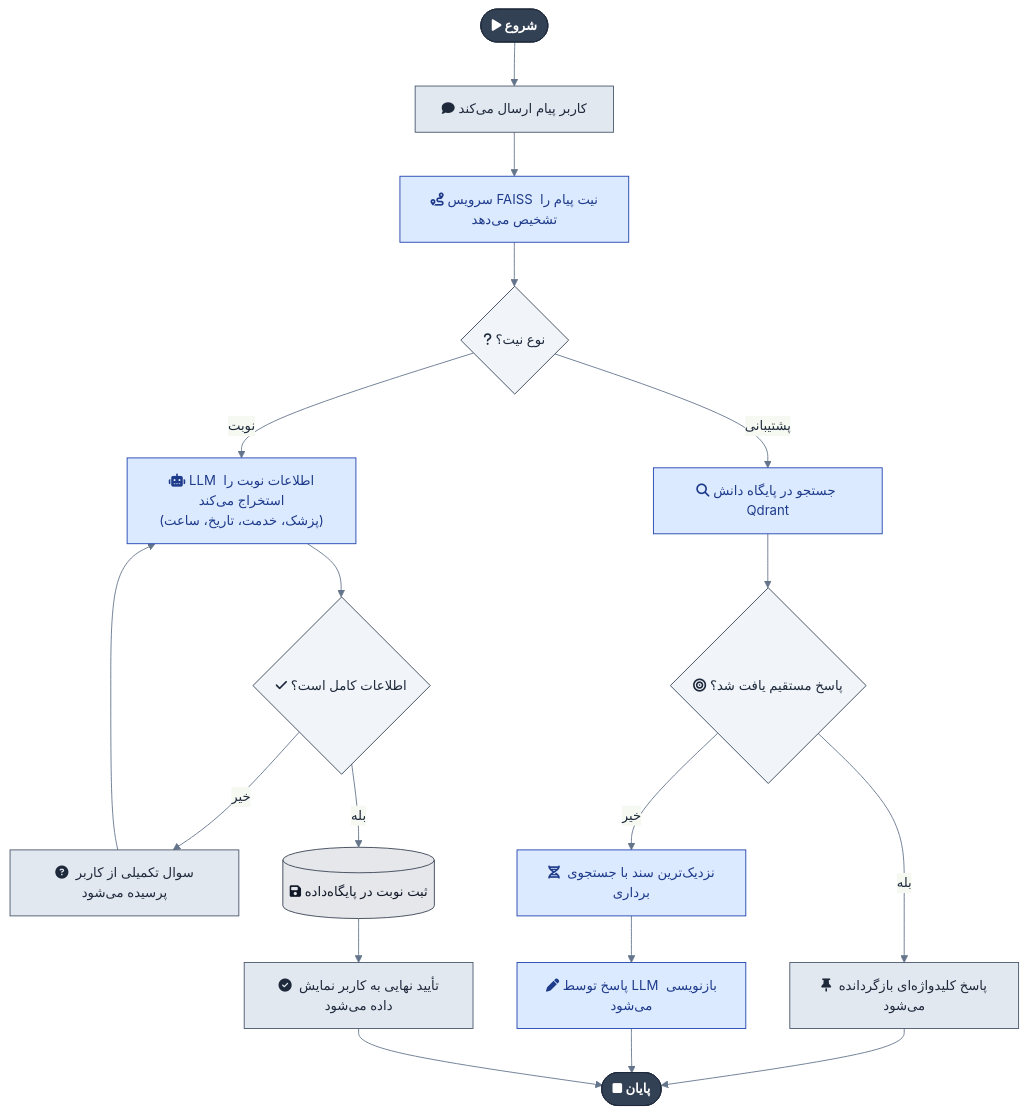
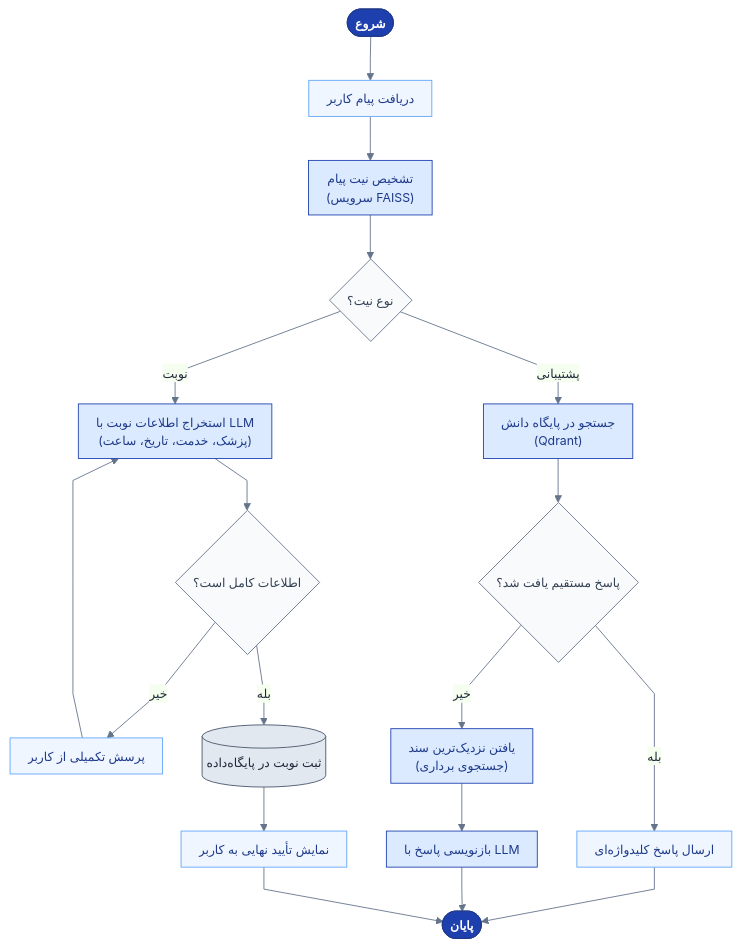
Before and after one commit to Mreza-mh/echo_prj: the diagram in docs/diagrams/v2/02_activity_chatbot.mmd, drawn with Mermaid. The commit also changed 34 other files, not shown here.

```diff
--- a/docs/diagrams/v2/02_activity_chatbot.mmd
+++ b/docs/diagrams/v2/02_activity_chatbot.mmd
@@ -1,28 +1,28 @@
-%%{init: {'theme':'base', 'themeVariables': {'primaryColor':'#f1f5f9','primaryBorderColor':'#334155','primaryTextColor':'#1e293b','lineColor':'#64748b','fontSize':'15px'}}}%%
+%%{init: {'theme':'base', 'flowchart': {'curve':'linear', 'nodeSpacing':45, 'rankSpacing':50, 'padding':10}, 'themeVariables': {'primaryColor':'#eff6ff','primaryBorderColor':'#1e40af','primaryTextColor':'#1e293b','lineColor':'#64748b','fontSize':'14px'}}}%%
 flowchart TD
-    classDef startEnd fill:#334155,stroke:#1e293b,color:#fff,font-weight:bold
-    classDef process fill:#e2e8f0,stroke:#475569,color:#1e293b
-    classDef decision fill:#f1f5f9,stroke:#334155,color:#1e293b
+    classDef startEnd fill:#1e40af,stroke:#1e3a8a,color:#ffffff,font-weight:bold
+    classDef process fill:#eff6ff,stroke:#60a5fa,color:#1e3a8a
     classDef ai fill:#dbeafe,stroke:#1e40af,color:#1e3a8a
-    classDef data fill:#e5e7eb,stroke:#374151,color:#111827
+    classDef decision fill:#f8fafc,stroke:#64748b,color:#334155
+    classDef data fill:#e2e8f0,stroke:#475569,color:#1e293b
 
-    Start(["fa:fa-play شروع"]):::startEnd --> A["fa:fa-comment کاربر پیام ارسال می‌کند"]:::process
-    A --> B["fa:fa-route سرویس FAISS نیت پیام را تشخیص می‌دهد"]:::ai
-    B --> C{"fa:fa-question نوع نیت؟"}:::decision
+    Start(["شروع"]):::startEnd --> A["دریافت پیام کاربر"]:::process
+    A --> B["تشخیص نیت پیام<br/>(سرویس FAISS)"]:::ai
+    B --> C{"نوع نیت؟"}:::decision
 
-    C -->|"نوبت"| D["fa:fa-robot LLM اطلاعات نوبت را استخراج می‌کند\n(پزشک، خدمت، تاریخ، ساعت)"]:::ai
-    D --> E{"fa:fa-check اطلاعات کامل است؟"}:::decision
-    E -->|"خیر"| F["fa:fa-question-circle سوال تکمیلی از کاربر پرسیده می‌شود"]:::process
+    C -->|"نوبت"| D["استخراج اطلاعات نوبت با LLM<br/>(پزشک، خدمت، تاریخ، ساعت)"]:::ai
+    D --> E{"اطلاعات کامل است؟"}:::decision
+    E -->|"خیر"| F["پرسش تکمیلی از کاربر"]:::process
     F --> D
-    E -->|"بله"| G[("fa:fa-save ثبت نوبت در پایگاه‌داده")]:::data
-    G --> H["fa:fa-check-circle تأیید نهایی به کاربر نمایش داده می‌شود"]:::process
+    E -->|"بله"| G[("ثبت نوبت در پایگاه‌داده")]:::data
+    G --> H["نمایش تأیید نهایی به کاربر"]:::process
 
-    C -->|"پشتیبانی"| I["fa:fa-search جستجو در پایگاه دانش Qdrant"]:::ai
-    I --> J{"fa:fa-bullseye پاسخ مستقیم یافت شد؟"}:::decision
-    J -->|"بله"| K["fa:fa-thumbtack پاسخ کلیدواژه‌ای بازگردانده می‌شود"]:::process
-    J -->|"خیر"| L["fa:fa-dna نزدیک‌ترین سند با جستجوی برداری"]:::ai
-    L --> M["fa:fa-pen پاسخ توسط LLM بازنویسی می‌شود"]:::ai
+    C -->|"پشتیبانی"| I["جستجو در پایگاه دانش<br/>(Qdrant)"]:::ai
+    I --> J{"پاسخ مستقیم یافت شد؟"}:::decision
+    J -->|"بله"| K["ارسال پاسخ کلیدواژه‌ای"]:::process
+    J -->|"خیر"| L["یافتن نزدیک‌ترین سند<br/>(جستجوی برداری)"]:::ai
+    L --> M["بازنویسی پاسخ با LLM"]:::ai
 
-    K --> N(["fa:fa-stop پایان"]):::startEnd
-    M --> N
-    H --> N
+    K --> End(["پایان"]):::startEnd
+    M --> End
+    H --> End
```
